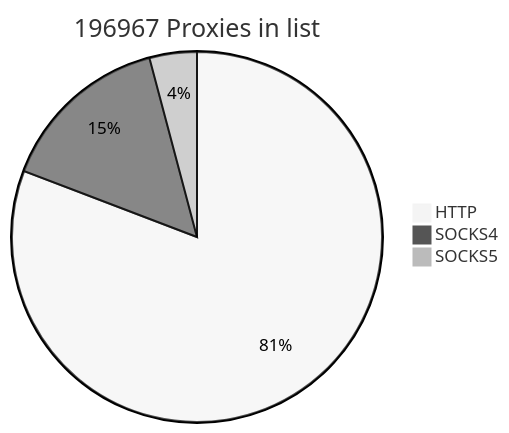
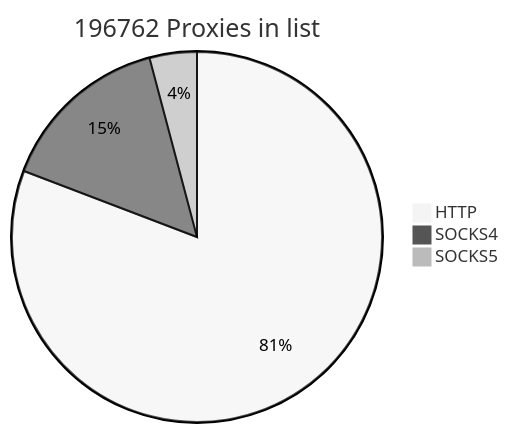
One commit to cutipu/proxylist changed the first of 2 diagrams in README.md. Above: the diagram before and after it, drawn with Mermaid (neutral theme). The commit also changed other lines of this file, not shown here.

````diff
--- a/README.md
+++ b/README.md
@@ -2,7 +2,7 @@
 ```mermaid
-pie title 196967 Proxies in list
-    "HTTP" : 159150
-    "SOCKS4" : 29677
-    "SOCKS5" : 8140
+pie title 196762 Proxies in list
+    "HTTP" : 158985
+    "SOCKS4" : 29663
+    "SOCKS5" : 8114
             
 ```
````
